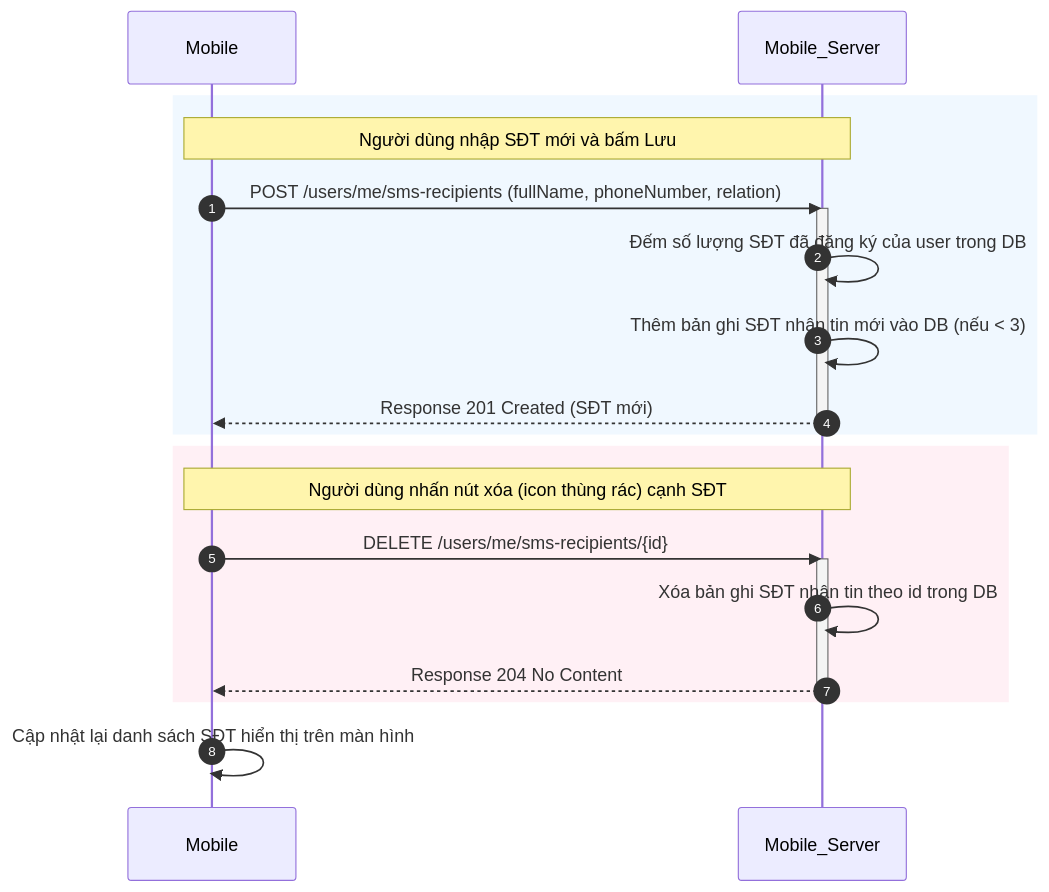
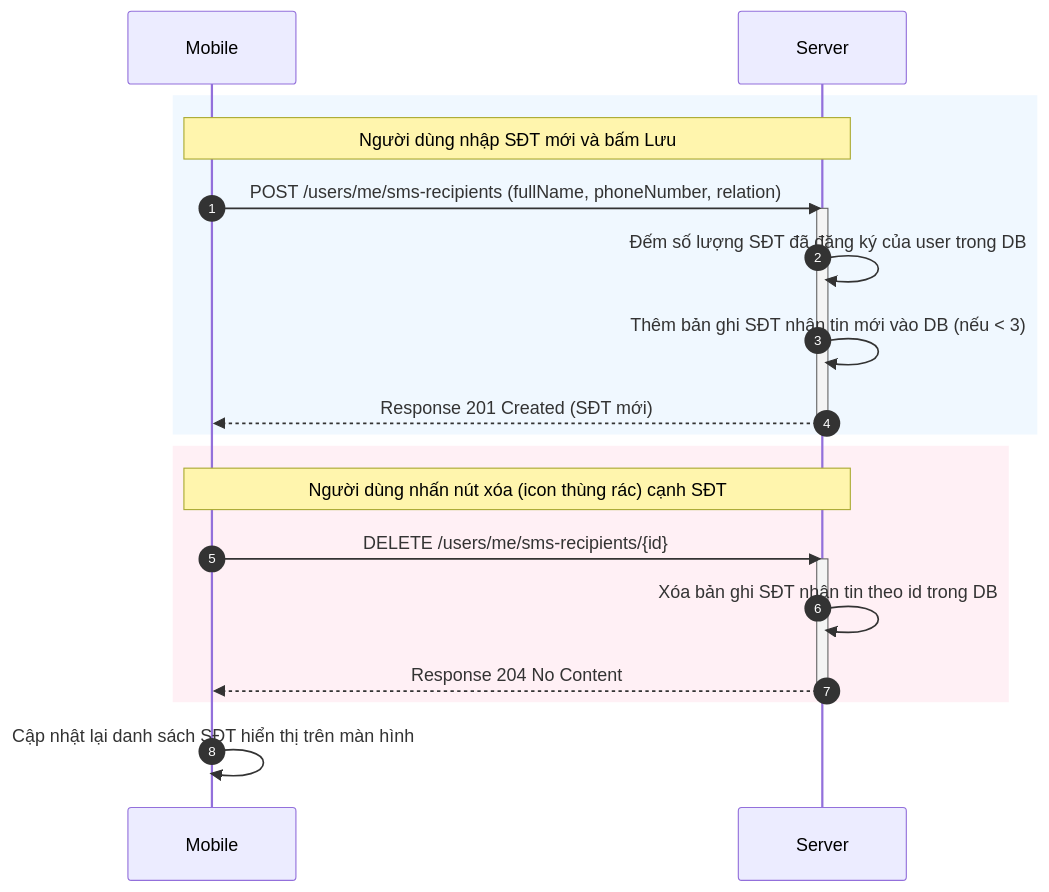
One commit to trungnguyenthien/Wildlife-Warning-and-Deterrence-System changed diagram 16 of 18 in docs/04-sequence-diagram.md. Above: the diagram before and after it, drawn with Mermaid. The commit also changed other lines of this file, not shown here.

Commit message:
docs: update sequence diagram to reflect latest system workflow changes

````diff
--- a/docs/04-sequence-diagram.md
+++ b/docs/04-sequence-diagram.md
@@ -640,28 +640,28 @@
 ```mermaid
 sequenceDiagram
     autonumber
     participant Mobile as Mobile
-    participant Mobile_Server as Mobile_Server
+    participant Server as Server
 
     %% THÊM SĐT
     rect rgb(240, 248, 255)
-        Note over Mobile, Mobile_Server: Người dùng nhập SĐT mới và bấm Lưu
-        Mobile->>Mobile_Server: POST /users/me/sms-recipients (fullName, phoneNumber, relation)
-        activate Mobile_Server
-        Mobile_Server->>Mobile_Server: Đếm số lượng SĐT đã đăng ký của user trong DB
-        Mobile_Server->>Mobile_Server: Thêm bản ghi SĐT nhận tin mới vào DB (nếu < 3)
-        Mobile_Server-->>Mobile: Response 201 Created (SĐT mới)
-        deactivate Mobile_Server
+        Note over Mobile, Server: Người dùng nhập SĐT mới và bấm Lưu
+        Mobile->>Server: POST /users/me/sms-recipients (fullName, phoneNumber, relation)
+        activate Server
+        Server->>Server: Đếm số lượng SĐT đã đăng ký của user trong DB
+        Server->>Server: Thêm bản ghi SĐT nhận tin mới vào DB (nếu < 3)
+        Server-->>Mobile: Response 201 Created (SĐT mới)
+        deactivate Server
     end
 
     %% XÓA SĐT
     rect rgb(255, 240, 245)
-        Note over Mobile, Mobile_Server: Người dùng nhấn nút xóa (icon thùng rác) cạnh SĐT
-        Mobile->>Mobile_Server: DELETE /users/me/sms-recipients/{id}
-        activate Mobile_Server
-        Mobile_Server->>Mobile_Server: Xóa bản ghi SĐT nhận tin theo id trong DB
-        Mobile_Server-->>Mobile: Response 204 No Content
-        deactivate Mobile_Server
+        Note over Mobile, Server: Người dùng nhấn nút xóa (icon thùng rác) cạnh SĐT
+        Mobile->>Server: DELETE /users/me/sms-recipients/{id}
+        activate Server
+        Server->>Server: Xóa bản ghi SĐT nhận tin theo id trong DB
+        Server-->>Mobile: Response 204 No Content
+        deactivate Server
     end
     Mobile->>Mobile: Cập nhật lại danh sách SĐT hiển thị trên màn hình
 ```
````
